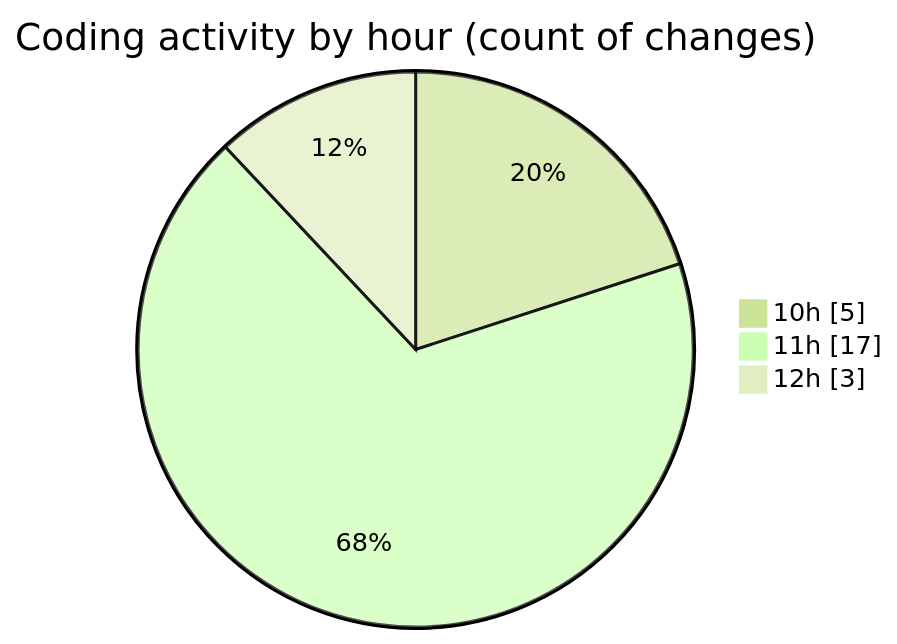
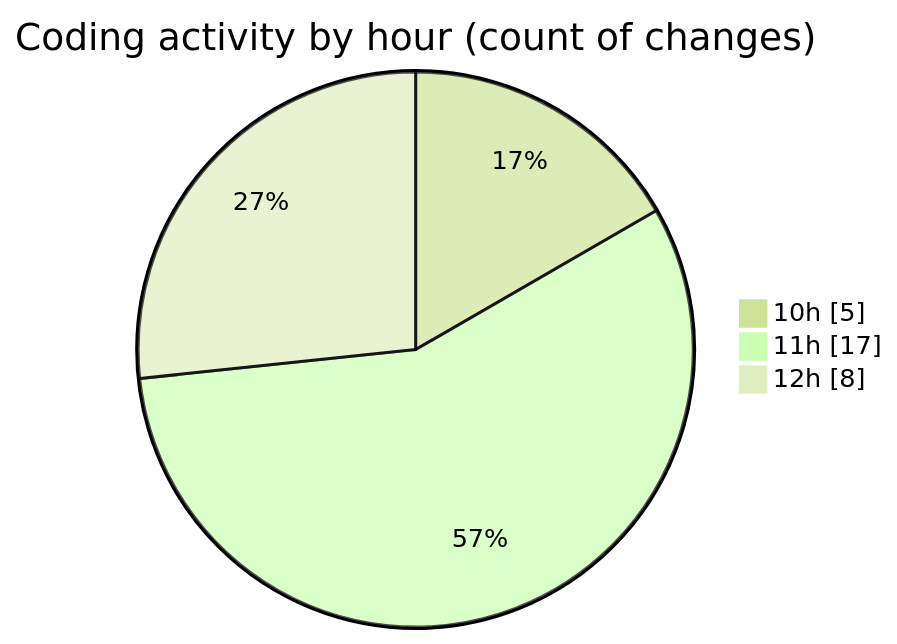
Before and after one commit to CELIANVF/code-tracking: the second of 2 diagrams in 2025-05-05/ecodeli/README.md, drawn with Mermaid (forest theme). The commit also changed other lines of this file and 1 other file, not shown here.

````diff
--- a/2025-05-05/ecodeli/README.md
+++ b/2025-05-05/ecodeli/README.md
@@ -43,7 +46,7 @@
 ```mermaid
 pie showData
 title Coding activity by hour (count of changes)
 "10h" : 5
 "11h" : 17
-"12h" : 3
+"12h" : 8
 ```
````
